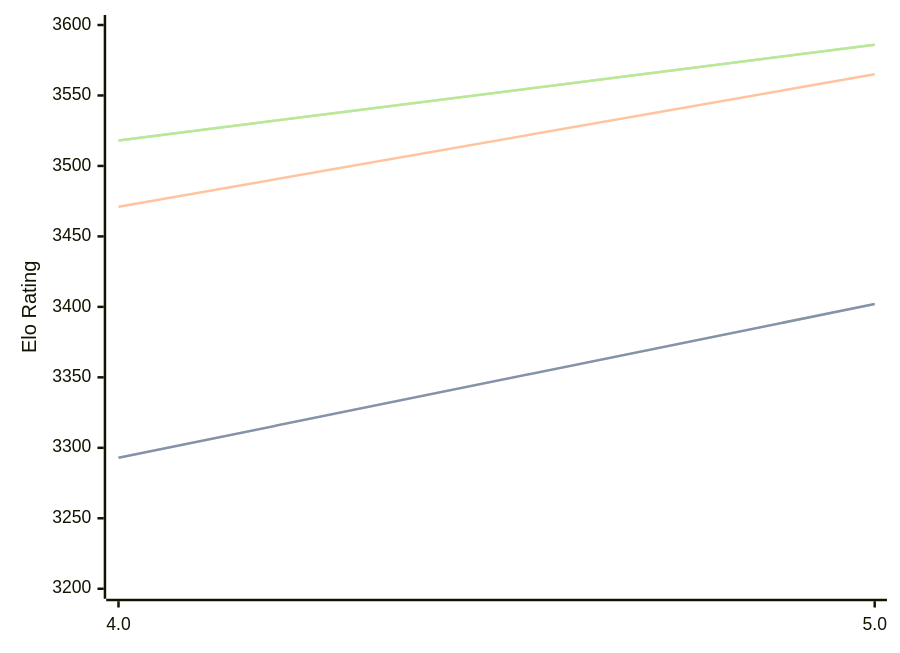
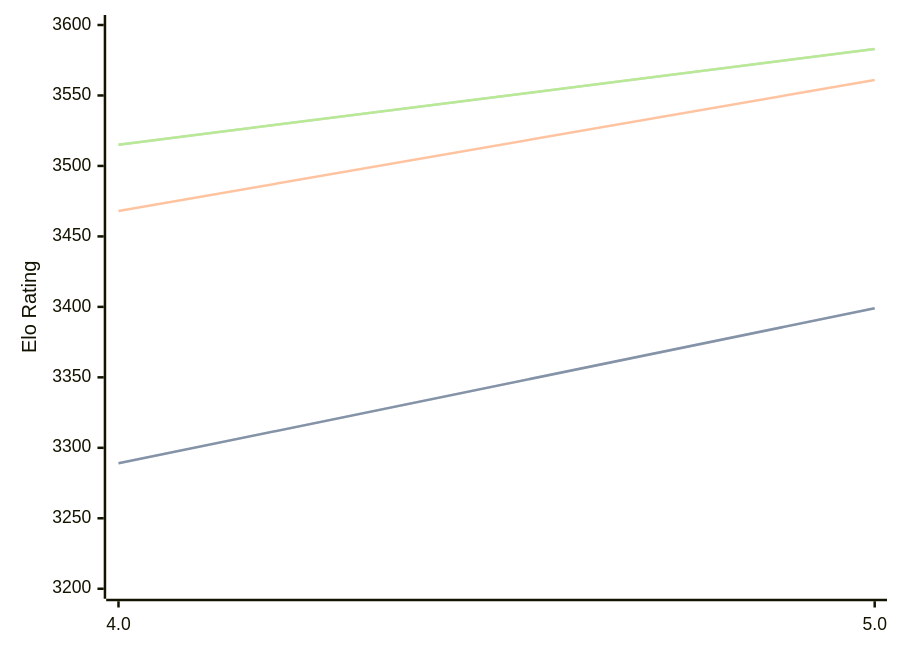
Before and after one commit to computer-chess-index/cci: the diagram in engines/Tarnished.md, drawn with Mermaid. The commit also changed other lines of this file, not shown here.

Commit message:
Update CCI Ratings (ELO VLTC) - 2026-04-23

````diff
--- a/engines/Tarnished.md
+++ b/engines/Tarnished.md
@@ -36,11 +36,11 @@
 ```mermaid
 %%{init: {"theme":"base","themeVariables":{"seriesColors:['#a3a3a3','#222221','#faa371']}}}%%
 xychart-beta
   x-axis ["4.0", "5.0"]
   y-axis "Elo Rating" 3200 --> 3600
-  line "STC (8.0+0.08s)" [3293, 3402]
-  line "STC (8.0+0.08s)" [3293, 3402]
-  line "LTC (60.0+0.60s)" [3471, 3565]
-  line "VLTC (2m24s+1.12s)" [3518, 3586]
-  line "VLTC (2m24s+1.12s)" [3518, 3586]
+  line "STC (8.0+0.08s)" [3289, 3399]
+  line "STC (8.0+0.08s)" [3289, 3399]
+  line "LTC (60.0+0.60s)" [3468, 3561]
+  line "VLTC (2m24s+1.12s)" [3515, 3583]
+  line "VLTC (2m24s+1.12s)" [3515, 3583]
 ```
````
